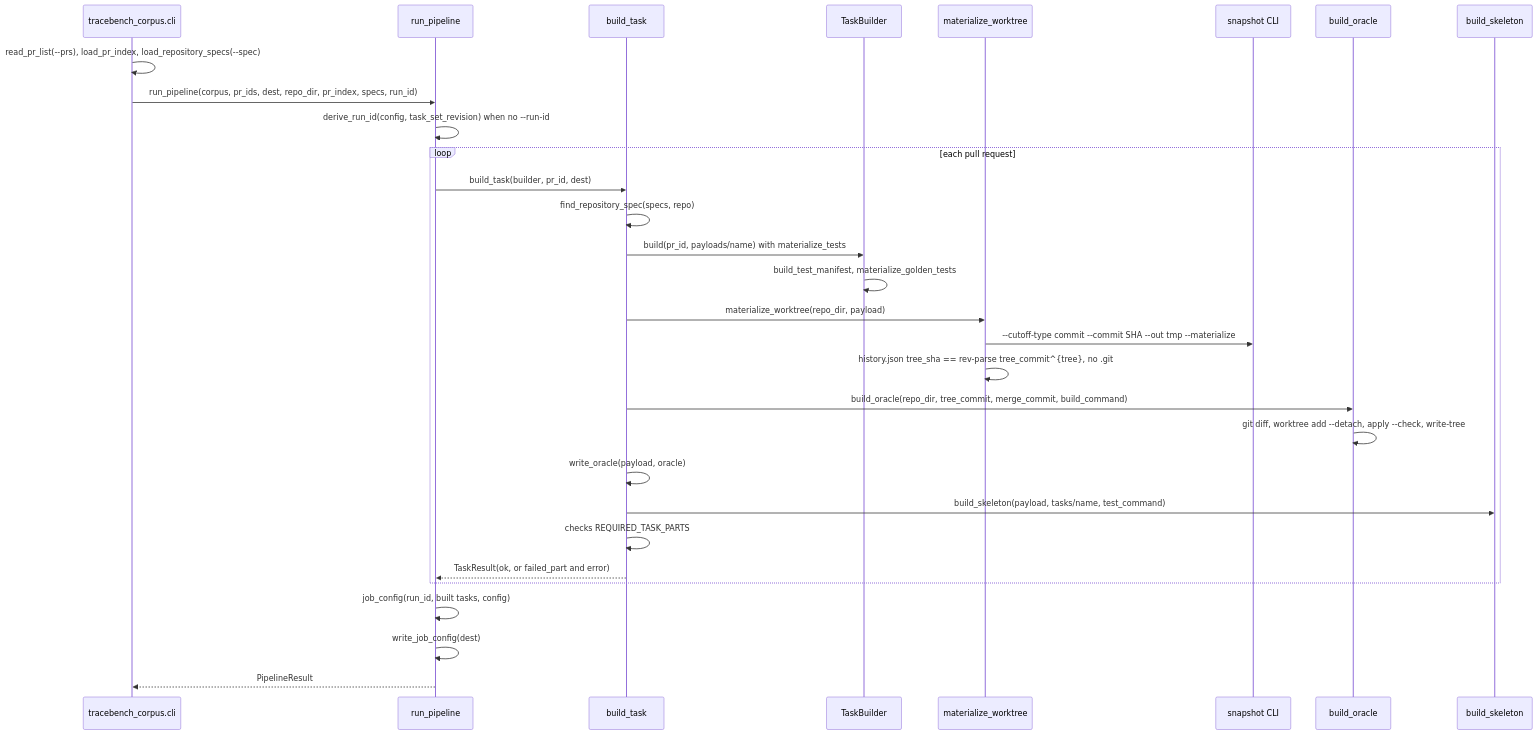
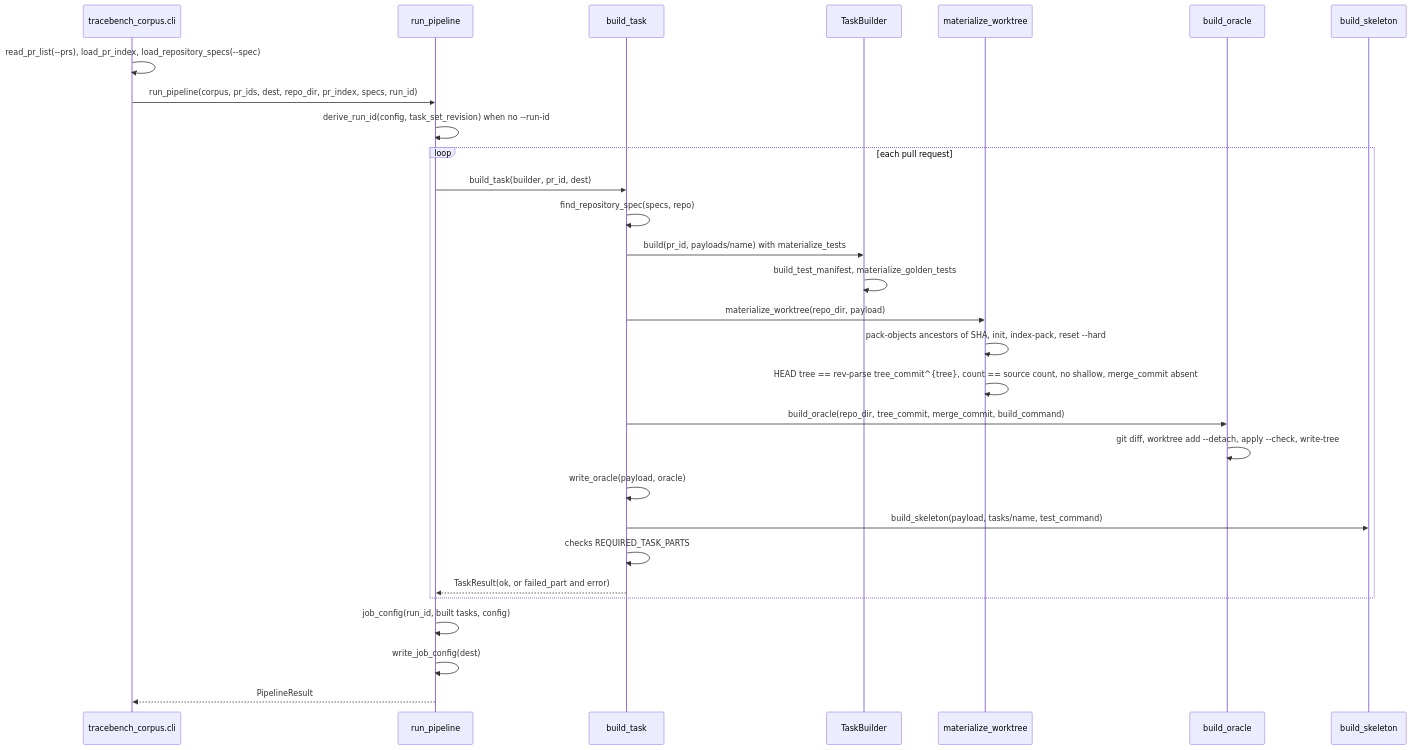
Diagram 13 of 15 in docs/architecture.md (dayvidpham/TraceBench), drawn with Mermaid before and after one commit. The commit also changed other lines of this file and 21 other files, not shown here.

````diff
--- a/docs/architecture.md
+++ b/docs/architecture.md
@@ -780,32 +772,31 @@
 ```mermaid
 sequenceDiagram
   participant cli as tracebench_corpus.cli
   participant pl as run_pipeline
   participant bt as build_task
   participant tb as TaskBuilder
   participant wt as materialize_worktree
-  participant snap as snapshot CLI
   participant orc as build_oracle
   participant sk as build_skeleton
   cli->>cli: read_pr_list(--prs), load_pr_index, load_repository_specs(--spec)
   cli->>pl: run_pipeline(corpus, pr_ids, dest, repo_dir, pr_index, specs, run_id)
   pl->>pl: derive_run_id(config, task_set_revision) when no --run-id
   loop each pull request
     pl->>bt: build_task(builder, pr_id, dest)
     bt->>bt: find_repository_spec(specs, repo)
     bt->>tb: build(pr_id, payloads/name) with materialize_tests
     tb->>tb: build_test_manifest, materialize_golden_tests
     bt->>wt: materialize_worktree(repo_dir, payload)
-    wt->>snap: --cutoff-type commit --commit SHA --out tmp --materialize
-    wt->>wt: history.json tree_sha == rev-parse tree_commit^{tree}, no .git
+    wt->>wt: pack-objects ancestors of SHA, init, index-pack, reset --hard
+    wt->>wt: HEAD tree == rev-parse tree_commit^{tree}, count == source count, no shallow, merge_commit absent
     bt->>orc: build_oracle(repo_dir, tree_commit, merge_commit, build_command)
     orc->>orc: git diff, worktree add --detach, apply --check, write-tree
     bt->>bt: write_oracle(payload, oracle)
     bt->>sk: build_skeleton(payload, tasks/name, test_command)
     bt->>bt: checks REQUIRED_TASK_PARTS
     bt-->>pl: TaskResult(ok, or failed_part and error)
   end
   pl->>pl: job_config(run_id, built tasks, config)
   pl->>pl: write_job_config(dest)
   pl-->>cli: PipelineResult
 ```
````
